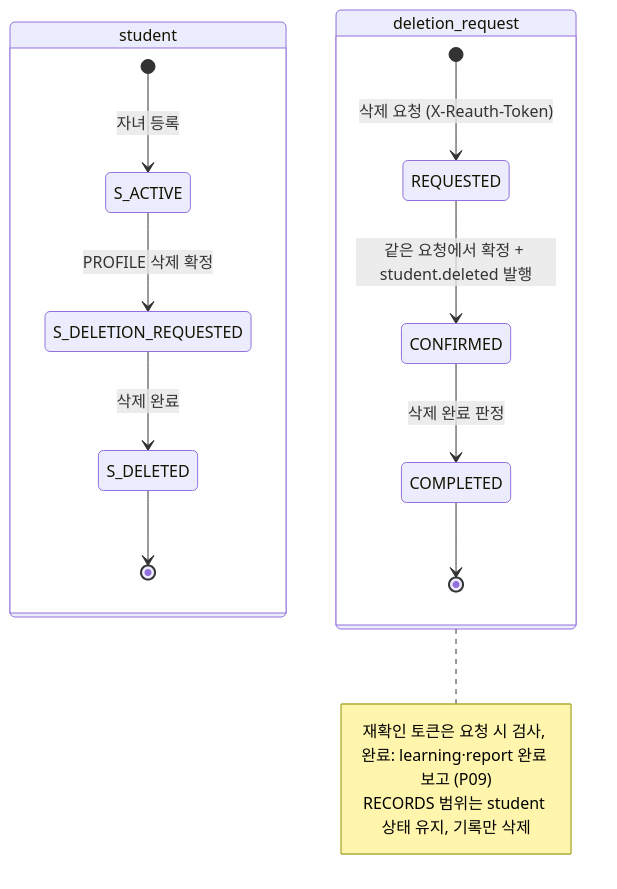
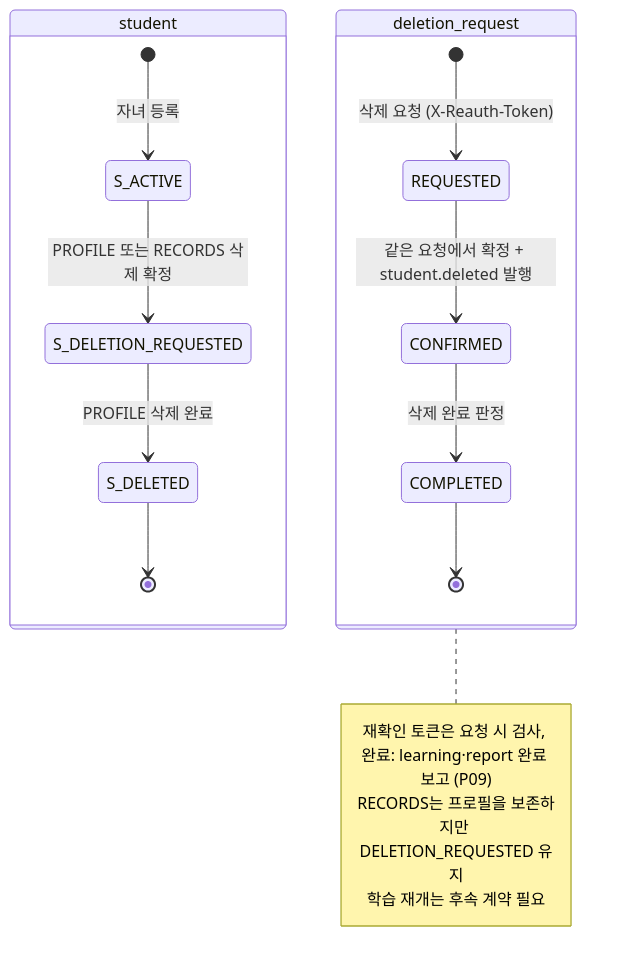
Before and after one commit to SKNETWORKS-FAMILY-AICAMP/SKN34-FINAL-3TEAM: the second of 17 diagrams in docs/design/state-diagram.md, drawn with Mermaid. The commit also changed other lines of this file and 17 other files, not shown here.

````diff
--- a/docs/design/state-diagram.md
+++ b/docs/design/state-diagram.md
@@ -47,19 +47,20 @@
 ```mermaid
 stateDiagram-v2
   state student {
     [*] --> S_ACTIVE: 자녀 등록
-    S_ACTIVE --> S_DELETION_REQUESTED: PROFILE 삭제 확정
-    S_DELETION_REQUESTED --> S_DELETED: 삭제 완료
+    S_ACTIVE --> S_DELETION_REQUESTED: PROFILE 또는 RECORDS 삭제 확정
+    S_DELETION_REQUESTED --> S_DELETED: PROFILE 삭제 완료
     S_DELETED --> [*]
   }
   state deletion_request {
     [*] --> REQUESTED: 삭제 요청 (X-Reauth-Token)
     REQUESTED --> CONFIRMED: 같은 요청에서 확정 + student.deleted 발행
     CONFIRMED --> COMPLETED: 삭제 완료 판정
     COMPLETED --> [*]
   }
   note right of deletion_request
     재확인 토큰은 요청 시 검사, 완료: learning·report 완료 보고 (P09)
-    RECORDS 범위는 student 상태 유지, 기록만 삭제
+    RECORDS는 프로필을 보존하지만 DELETION_REQUESTED 유지
+    학습 재개는 후속 계약 필요
   end note
 ```
````
